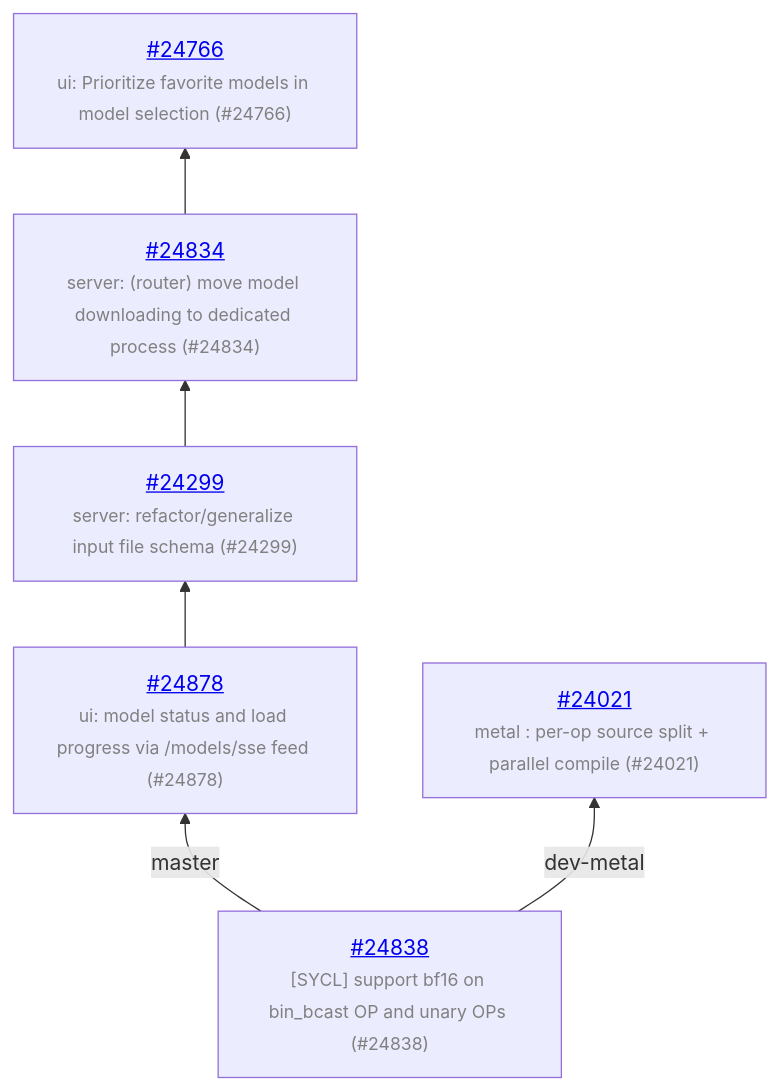
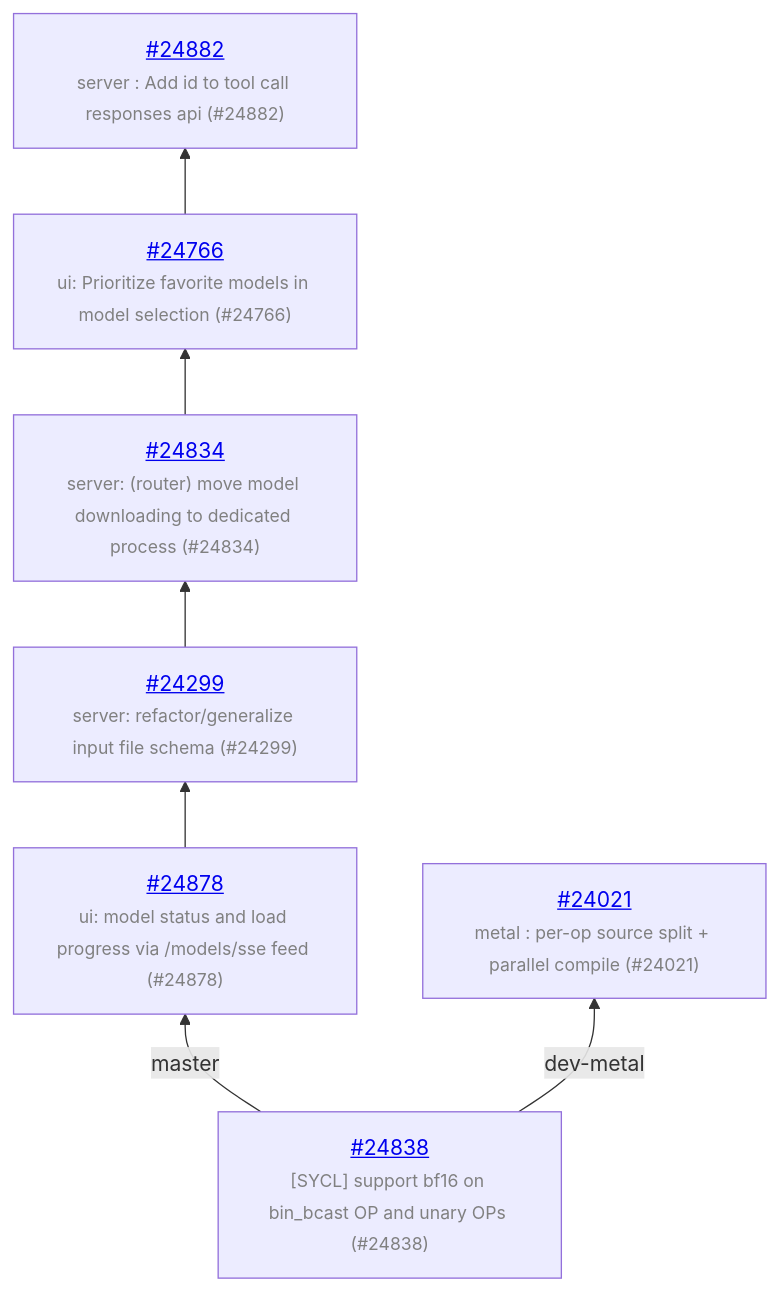
The diagram in README.md (ggml-org/llama.cpp-dev), drawn with Mermaid before and after one commit. The commit also changed other lines of this file and 1 other file, not shown here.

Commit message:
auto: update

````diff
--- a/README.md
+++ b/README.md
@@ -13,14 +13,16 @@
 ```mermaid
 graph BT
     COMMON["<a href='https://github.com/ggml-org/llama.cpp/pull/24838'>#24838</a><br/><span style='font-size:smaller;color:gray'>[SYCL] support bf16 on bin_bcast OP and unary OPs (#24838)</span>"]
     COMMON -->|master| C_099b579
     C_099b579["<a href='https://github.com/ggml-org/llama.cpp/pull/24878'>#24878</a><br/><span style='font-size:smaller;color:gray'>ui: model status and load progress via /models/sse feed (#24878)</span>"]
     C_099b579 --> C_6ee0f65
     C_6ee0f65["<a href='https://github.com/ggml-org/llama.cpp/pull/24299'>#24299</a><br/><span style='font-size:smaller;color:gray'>server: refactor/generalize input file schema (#24299)</span>"]
     C_6ee0f65 --> C_721354f
     C_721354f["<a href='https://github.com/ggml-org/llama.cpp/pull/24834'>#24834</a><br/><span style='font-size:smaller;color:gray'>server: (router) move model downloading to dedicated process (#24834)</span>"]
     C_721354f --> C_9c0ac88
     C_9c0ac88["<a href='https://github.com/ggml-org/llama.cpp/pull/24766'>#24766</a><br/><span style='font-size:smaller;color:gray'>ui: Prioritize favorite models in model selection (#24766)</span>"]
+    C_9c0ac88 --> C_dec5ca5
+    C_dec5ca5["<a href='https://github.com/ggml-org/llama.cpp/pull/24882'>#24882</a><br/><span style='font-size:smaller;color:gray'>server : Add id to tool call responses api (#24882)</span>"]
     COMMON -->|dev-metal| C_bec3083
     C_bec3083["<a href='https://github.com/ggml-org/llama.cpp/pull/24021'>#24021</a><br/><span style='font-size:smaller;color:gray'>metal : per-op source split + parallel compile (#24021)</span>"]
 ```
````
